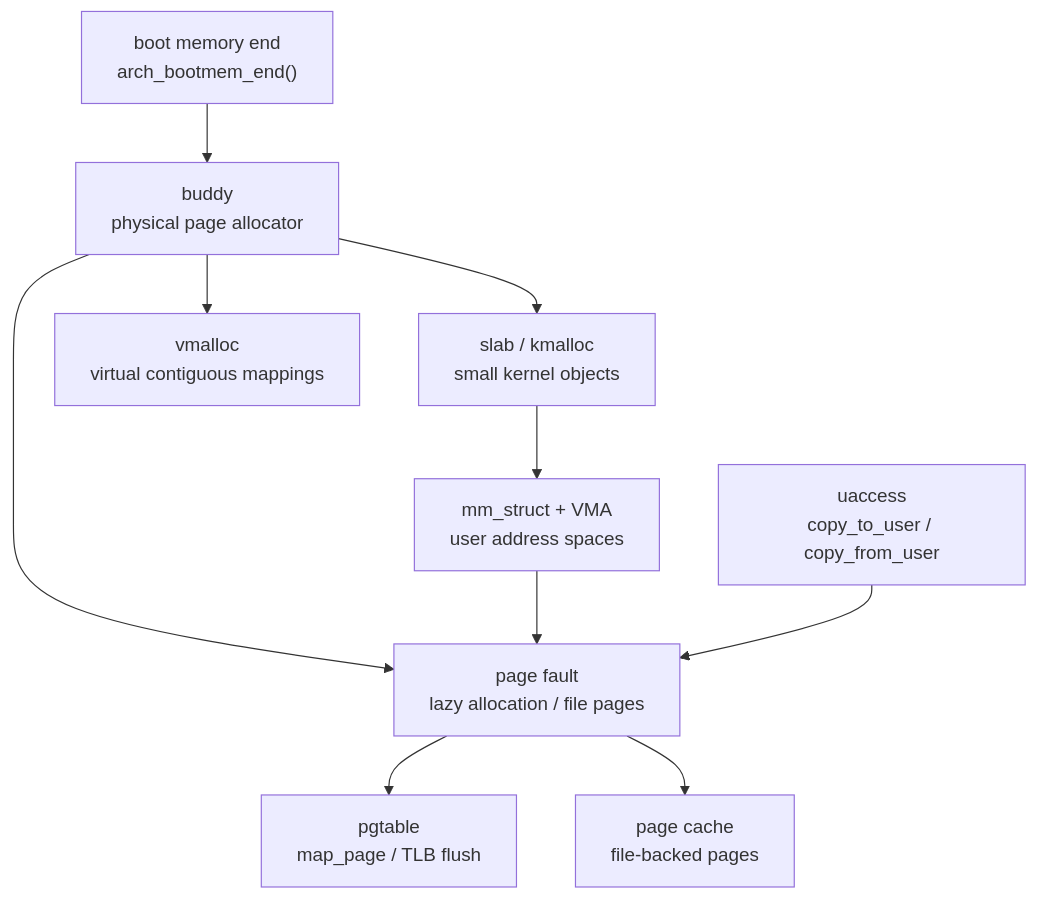
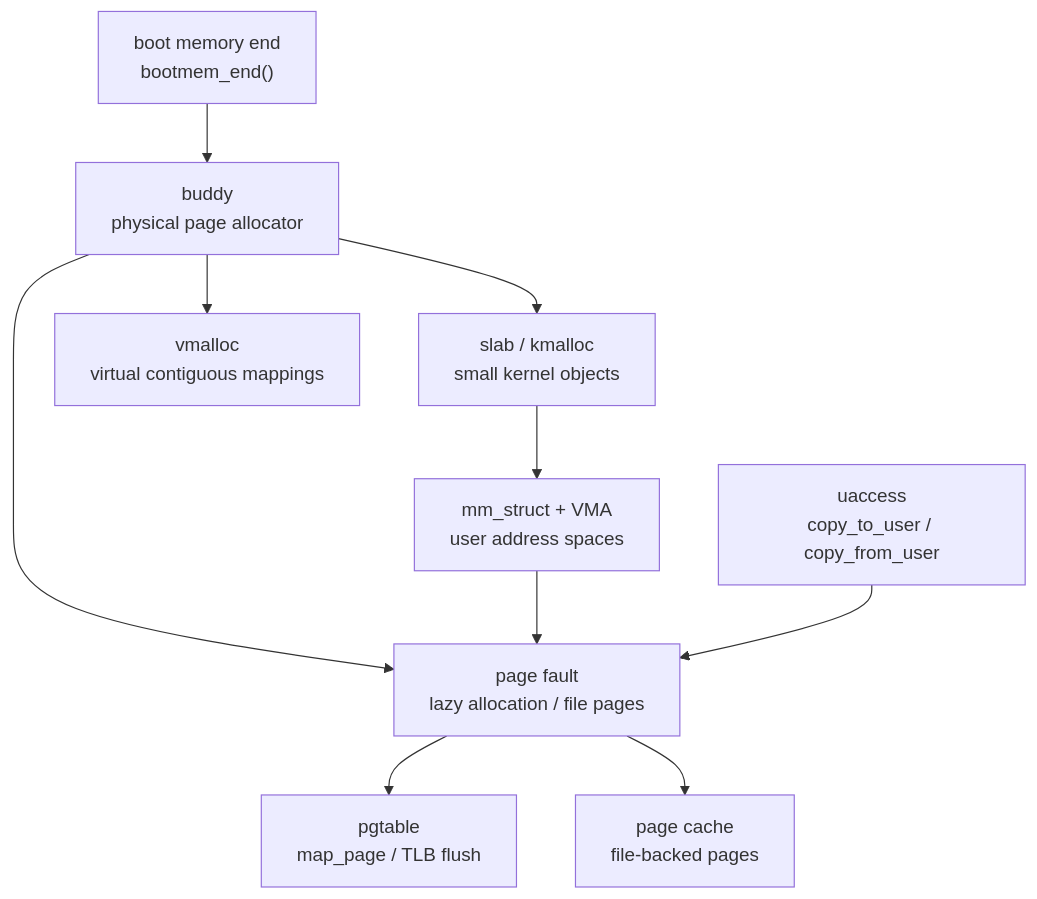
The first of 2 diagrams in docs/architecture/memory.md (pillow-zx/CuteOS), drawn with Mermaid before and after one commit. The commit also changed other lines of this file and 19 other files, not shown here.

````diff
--- a/docs/architecture/memory.md
+++ b/docs/architecture/memory.md
@@ -9,22 +9,22 @@
 ```mermaid
 flowchart TD
-    Boot["boot memory end<br/>arch_bootmem_end()"]
+    Boot["boot memory end<br/>bootmem_end()"]
     Buddy["buddy<br/>physical page allocator"]
     Slab["slab / kmalloc<br/>small kernel objects"]
     Vmalloc["vmalloc<br/>virtual contiguous mappings"]
     MM["mm_struct + VMA<br/>user address spaces"]
     Fault["page fault<br/>lazy allocation / file pages"]
     Uaccess["uaccess<br/>copy_to_user / copy_from_user"]
     Pgtable["pgtable<br/>map_page / TLB flush"]
     PageCache["page cache<br/>file-backed pages"]
 
     Boot --> Buddy
     Buddy --> Slab
     Buddy --> Vmalloc
     Buddy --> Fault
     Slab --> MM
     MM --> Fault
     Uaccess --> Fault
     Fault --> Pgtable
     Fault --> PageCache
 ```
````
